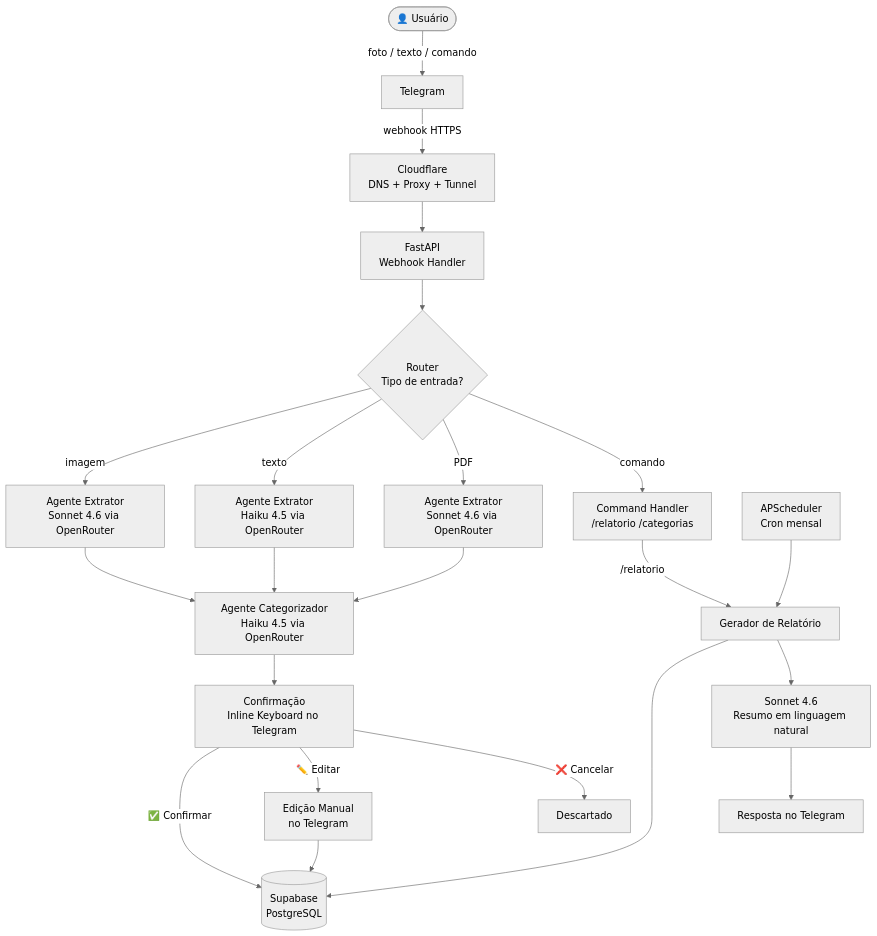
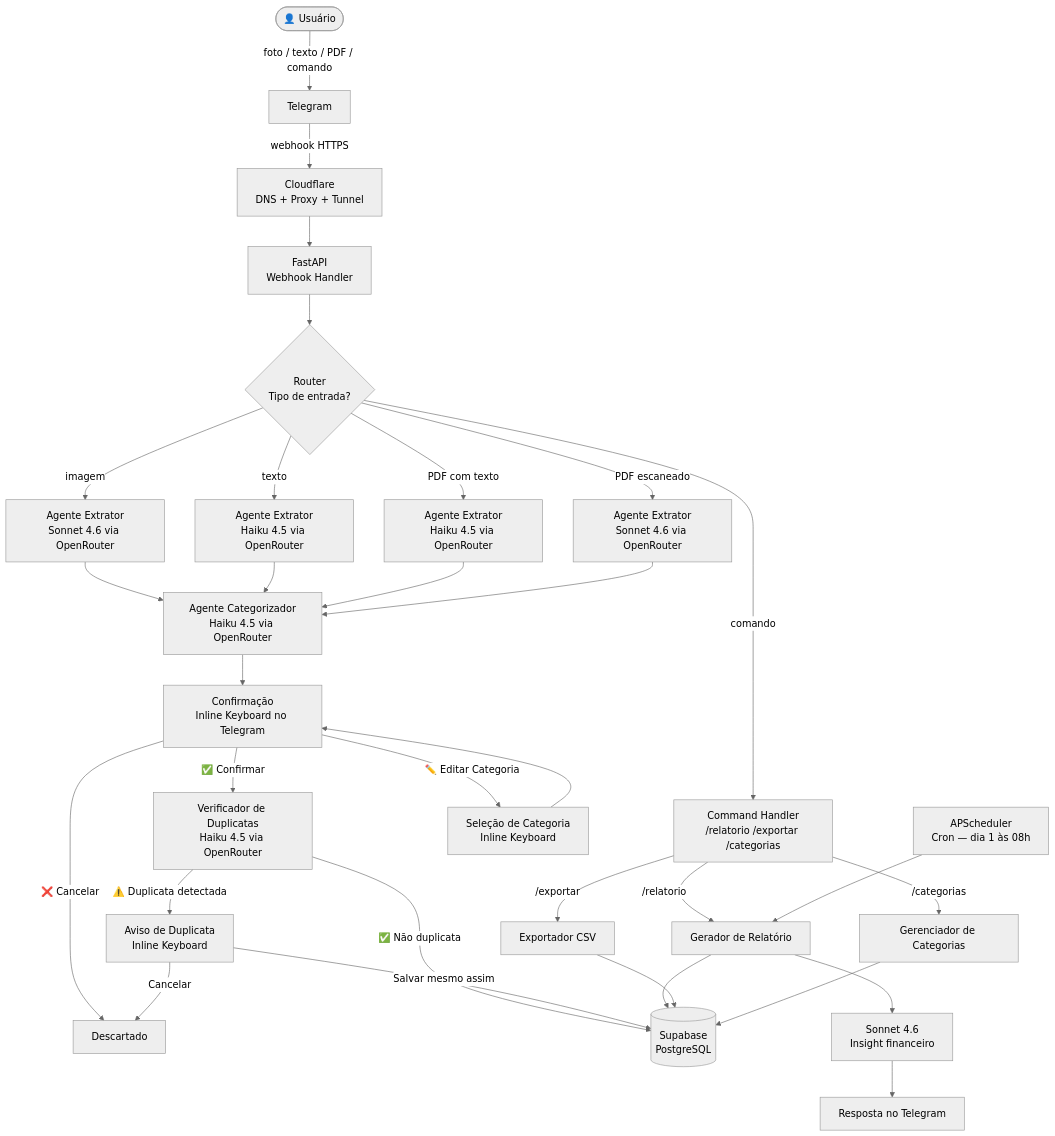
One commit to nathanfiorito/personal-finances-backend changed the first of 3 diagrams in docs/ARCHITECTURE-DIAGRAM.md. Above: the diagram before and after it, drawn with Mermaid (neutral theme). The commit also changed other lines of this file and 24 other files, not shown here.

Commit message:
Remove outdated POC and MVP documentation files; add comprehensive API reference for FinBot, detailing endpoints, database schema, and data models.

````diff
--- a/docs/ARCHITECTURE-DIAGRAM.md
+++ b/docs/ARCHITECTURE-DIAGRAM.md
@@ -5,30 +5,43 @@
 ```mermaid
 flowchart TD
-    User([👤 Usuário]) -->|foto / texto / comando| TG[Telegram]
+    User([👤 Usuário]) -->|foto / texto / PDF / comando| TG[Telegram]
     TG -->|webhook HTTPS| CF[Cloudflare\nDNS + Proxy + Tunnel]
     CF --> API[FastAPI\nWebhook Handler]
-    
+
     API --> Router{Router\nTipo de entrada?}
-    
+
     Router -->|imagem| EXT_IMG[Agente Extrator\nSonnet 4.6 via OpenRouter]
     Router -->|texto| EXT_TXT[Agente Extrator\nHaiku 4.5 via OpenRouter]
-    Router -->|PDF| EXT_PDF[Agente Extrator\nSonnet 4.6 via OpenRouter]
-    Router -->|comando| CMD[Command Handler\n/relatorio /categorias]
-    
+    Router -->|PDF com texto| EXT_PDFT[Agente Extrator\nHaiku 4.5 via OpenRouter]
+    Router -->|PDF escaneado| EXT_PDFI[Agente Extrator\nSonnet 4.6 via OpenRouter]
+    Router -->|comando| CMD[Command Handler\n/relatorio /exportar /categorias]
+
     EXT_IMG --> CAT[Agente Categorizador\nHaiku 4.5 via OpenRouter]
     EXT_TXT --> CAT
-    EXT_PDF --> CAT
-    
+    EXT_PDFT --> CAT
+    EXT_PDFI --> CAT
+
     CAT --> CONFIRM[Confirmação\nInline Keyboard no Telegram]
-    CONFIRM -->|✅ Confirmar| DB[(Supabase\nPostgreSQL)]
-    CONFIRM -->|✏️ Editar| EDIT[Edição Manual\nno Telegram]
+    CONFIRM -->|✅ Confirmar| DUPCHECK[Verificador de Duplicatas\nHaiku 4.5 via OpenRouter]
+    CONFIRM -->|✏️ Editar Categoria| CAT_SEL[Seleção de Categoria\nInline Keyboard]
     CONFIRM -->|❌ Cancelar| DISCARD[Descartado]
-    EDIT --> DB
-    
+    CAT_SEL --> CONFIRM
+
+    DUPCHECK -->|✅ Não duplicata| DB[(Supabase\nPostgreSQL)]
+    DUPCHECK -->|⚠️ Duplicata detectada| DUPWARN[Aviso de Duplicata\nInline Keyboard]
+    DUPWARN -->|Salvar mesmo assim| DB
+    DUPWARN -->|Cancelar| DISCARD
+
     CMD -->|/relatorio| RPT[Gerador de Relatório]
+    CMD -->|/exportar| CSV[Exportador CSV]
+    CMD -->|/categorias| CAT_CMD[Gerenciador de Categorias]
+
     RPT --> DB
-    RPT --> LLM_RPT[Sonnet 4.6\nResumo em linguagem natural]
+    RPT --> LLM_RPT[Sonnet 4.6\nInsight financeiro]
     LLM_RPT --> TG_OUT[Resposta no Telegram]
-    
-    SCHED[APScheduler\nCron mensal] --> RPT
+
+    CSV --> DB
+    CAT_CMD --> DB
+
+    SCHED[APScheduler\nCron — dia 1 às 08h] --> RPT
 ```
````
